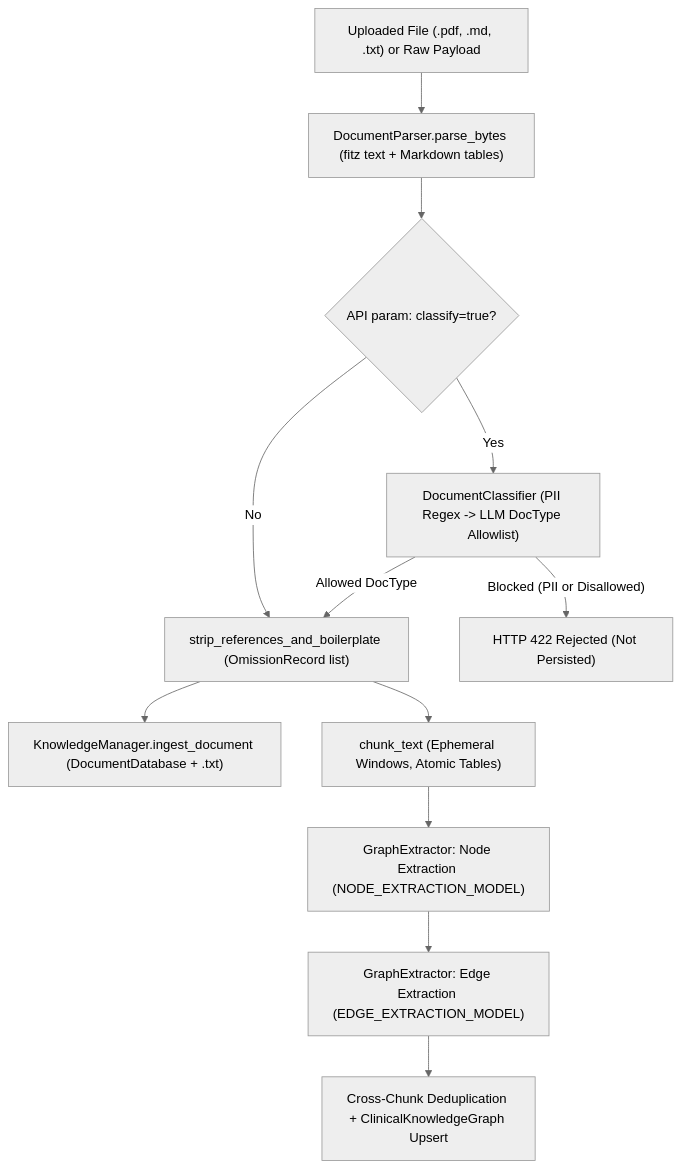
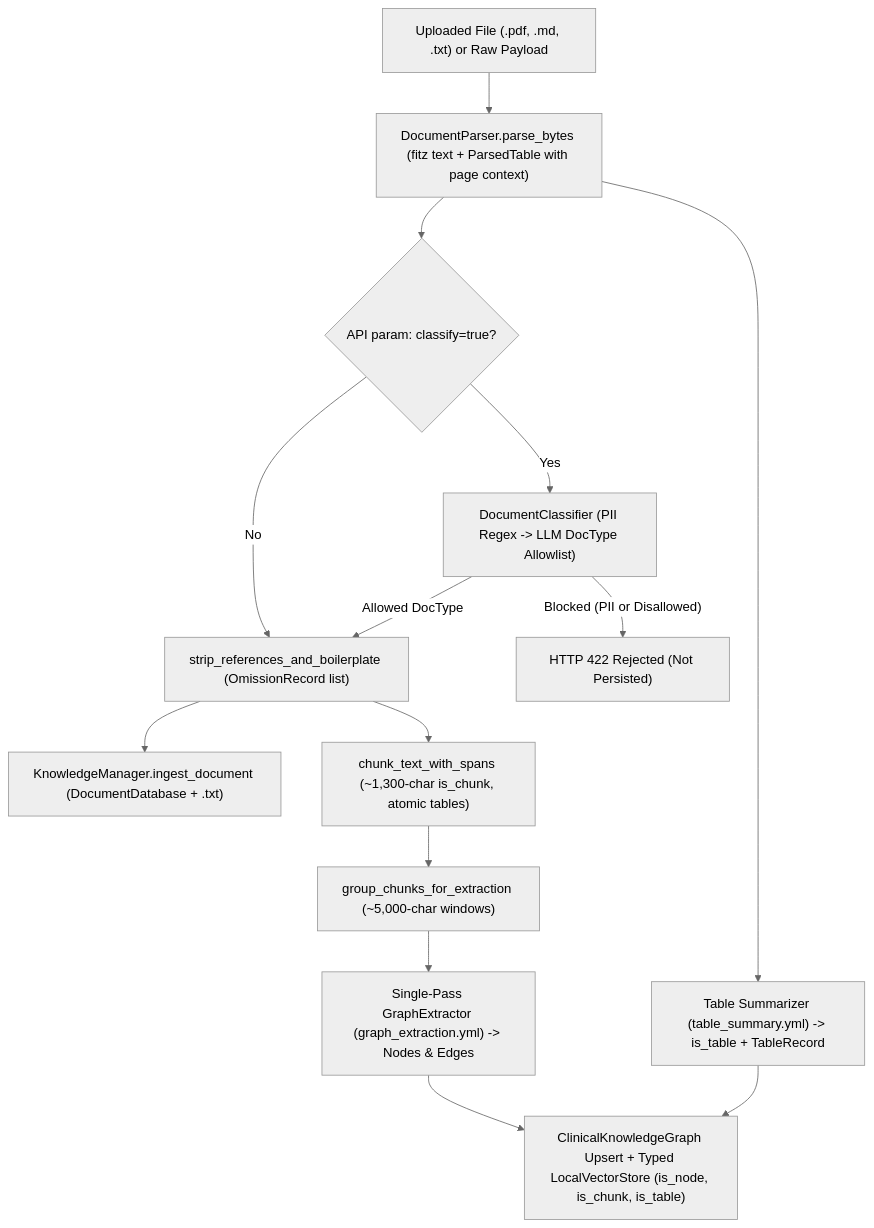
One commit to nando-ludtke/clinical-graph changed the diagram in docs/document_parsing.md. Above: the diagram before and after it, drawn with Mermaid (neutral theme). The commit also changed other lines of this file and 5 other files, not shown here.

````diff
--- a/docs/document_parsing.md
+++ b/docs/document_parsing.md
@@ -9,14 +9,16 @@
 ```mermaid
 flowchart TD
-    Input["Uploaded File (.pdf, .md, .txt) or Raw Payload"] --> Parse["DocumentParser.parse_bytes (fitz text + Markdown tables)"]
+    Input["Uploaded File (.pdf, .md, .txt) or Raw Payload"] --> Parse["DocumentParser.parse_bytes (fitz text + ParsedTable with page context)"]
     Parse --> Gate{"API param: classify=true?"}
     Gate -- "No" --> Clean["strip_references_and_boilerplate (OmissionRecord list)"]
     Gate -- "Yes" --> Classifier["DocumentClassifier (PII Regex -> LLM DocType Allowlist)"]
     Classifier -- "Blocked (PII or Disallowed)" --> Reject["HTTP 422 Rejected (Not Persisted)"]
     Classifier -- "Allowed DocType" --> Clean
     Clean --> PersistDoc["KnowledgeManager.ingest_document (DocumentDatabase + .txt)"]
-    Clean --> Chunk["chunk_text (Ephemeral Windows, Atomic Tables)"]
-    Chunk --> ExtractNodes["GraphExtractor: Node Extraction (NODE_EXTRACTION_MODEL)"]
-    ExtractNodes --> ExtractEdges["GraphExtractor: Edge Extraction (EDGE_EXTRACTION_MODEL)"]
-    ExtractEdges --> Dedup["Cross-Chunk Deduplication + ClinicalKnowledgeGraph Upsert"]
+    Clean --> SubChunk["chunk_text_with_spans (~1,300-char is_chunk, atomic tables)"]
+    SubChunk --> GroupWin["group_chunks_for_extraction (~5,000-char windows)"]
+    GroupWin --> Extract["Single-Pass GraphExtractor (graph_extraction.yml) -> Nodes & Edges"]
+    Parse --> TableSum["Table Summarizer (table_summary.yml) -> is_table + TableRecord"]
+    Extract --> Upsert["ClinicalKnowledgeGraph Upsert + Typed LocalVectorStore (is_node, is_chunk, is_table)"]
+    TableSum --> Upsert
 ```
````
